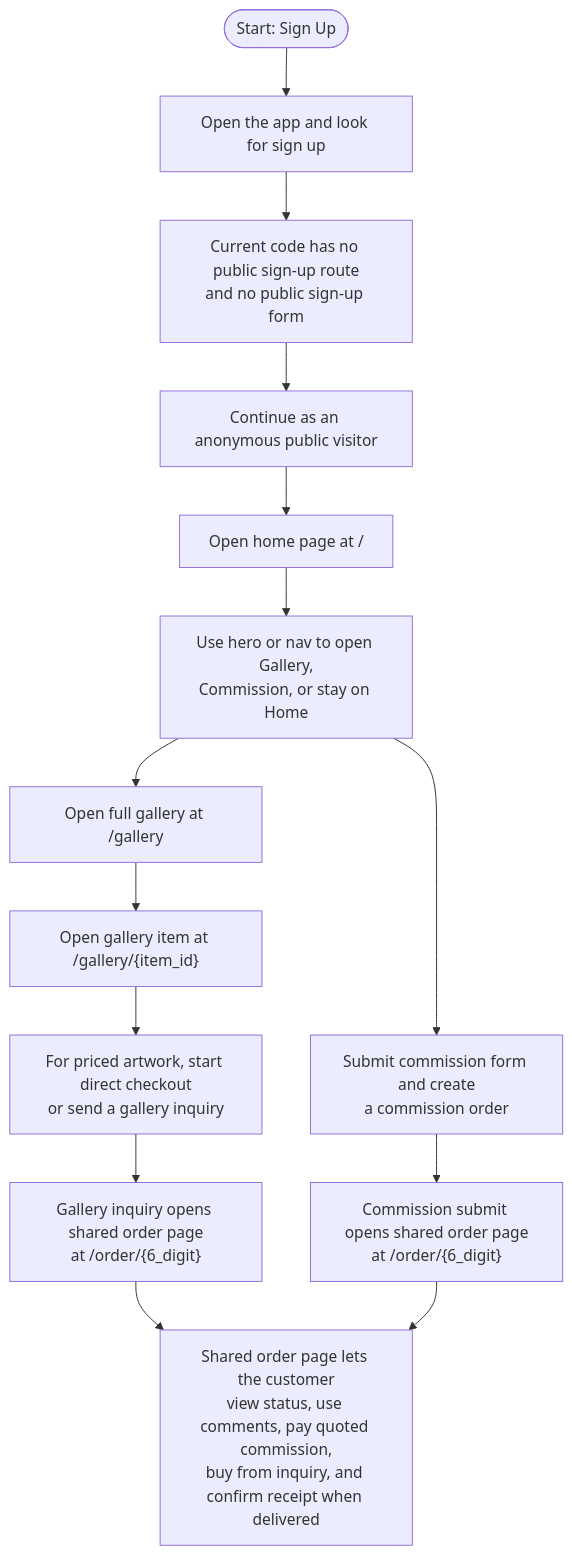
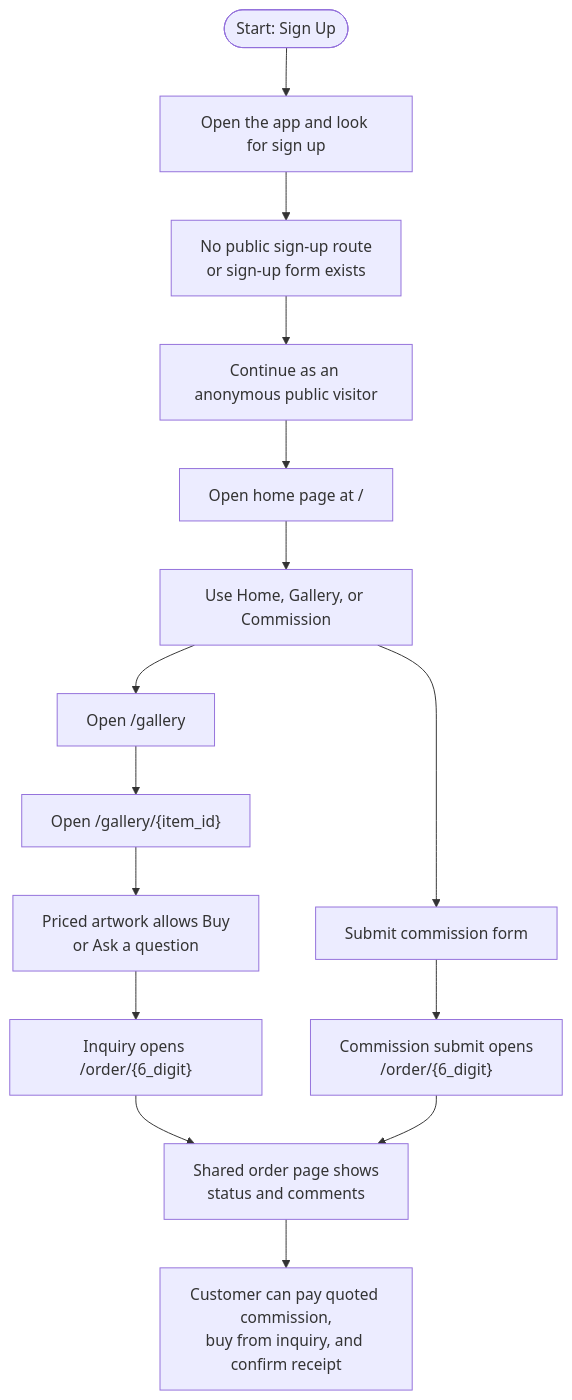
The first of 5 diagrams in 0_KC/flowchart.md (david-lytikainen/SAS), drawn with Mermaid before and after one commit. The commit also changed other lines of this file and 7 other files, not shown here.

Commit message:
Fix KC flowchart overflow

````diff
--- a/0_KC/flowchart.md
+++ b/0_KC/flowchart.md
@@ -3,20 +3,21 @@
 ```mermaid
 flowchart TB
   S0([Start: Sign Up])
   S1["Open the app and look for sign up"]
-  S2["Current code has no public sign-up route<br/>and no public sign-up form"]
+  S2["No public sign-up route<br/>or sign-up form exists"]
   S3["Continue as an anonymous public visitor"]
   S4["Open home page at /"]
-  S5["Use hero or nav to open Gallery,<br/>Commission, or stay on Home"]
-  S6["Open full gallery at /gallery"]
-  S7["Open gallery item at /gallery/{item_id}"]
-  S8["For priced artwork, start direct checkout<br/>or send a gallery inquiry"]
-  S9["Gallery inquiry opens shared order page<br/>at /order/{6_digit}"]
-  S10["Submit commission form and create<br/>a commission order"]
-  S11["Commission submit opens shared order page<br/>at /order/{6_digit}"]
-  S12["Shared order page lets the customer<br/>view status, use comments, pay quoted commission,<br/>buy from inquiry, and confirm receipt when delivered"]
+  S5["Use Home, Gallery, or Commission"]
+  S6["Open /gallery"]
+  S7["Open /gallery/{item_id}"]
+  S8["Priced artwork allows Buy<br/>or Ask a question"]
+  S9["Inquiry opens /order/{6_digit}"]
+  S10["Submit commission form"]
+  S11["Commission submit opens<br/>/order/{6_digit}"]
+  S12["Shared order page shows<br/>status and comments"]
+  S13["Customer can pay quoted commission,<br/>buy from inquiry, and confirm receipt"]
 
   S0 --> S1 --> S2 --> S3 --> S4 --> S5
-  S5 --> S6 --> S7 --> S8 --> S9 --> S12
+  S5 --> S6 --> S7 --> S8 --> S9 --> S12 --> S13
   S5 --> S10 --> S11 --> S12
 ```
````
